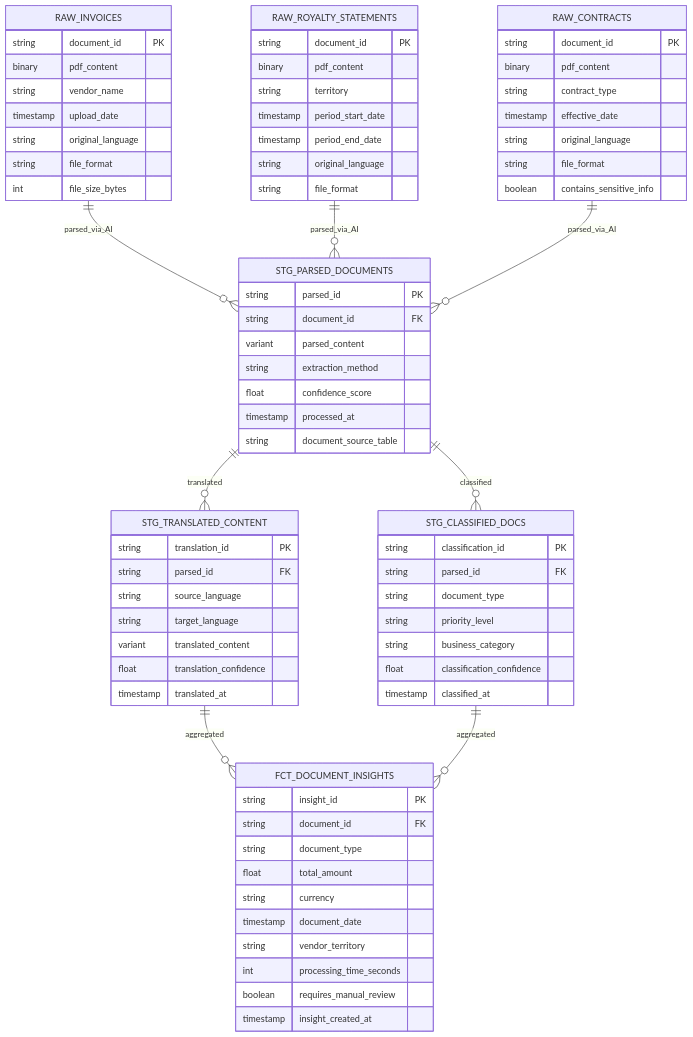
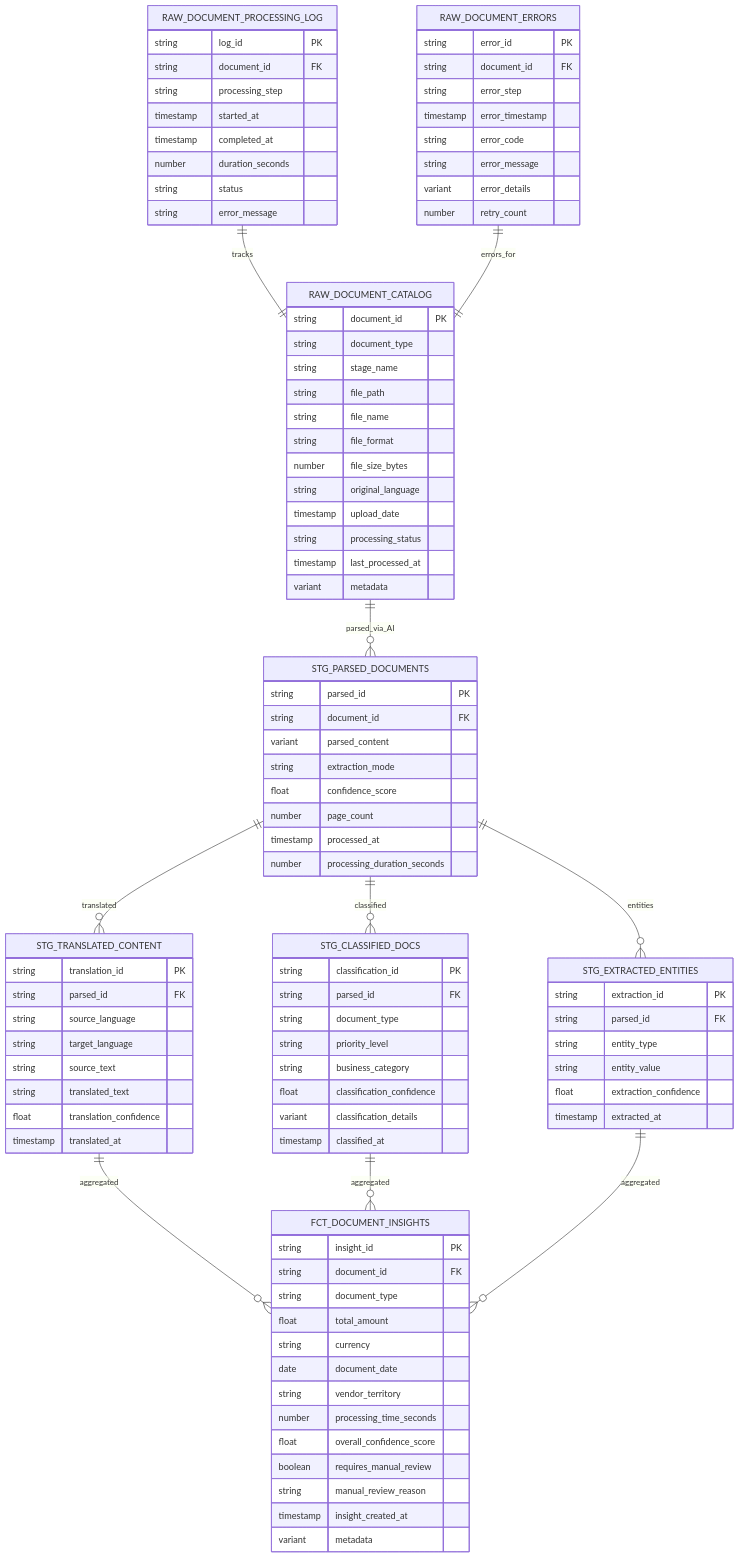
One commit to sfc-gh-miwhitaker/swiftclaw changed the diagram in diagrams/data-model.md. Above: the diagram before and after it, drawn with Mermaid. The commit also changed other lines of this file and 26 other files, not shown here.

````diff
--- a/diagrams/data-model.md
+++ b/diagrams/data-model.md
@@ -18,65 +18,74 @@
 ```mermaid
 erDiagram
-    RAW_INVOICES ||--o{ STG_PARSED_DOCUMENTS : "parsed_via_AI"
-    RAW_ROYALTY_STATEMENTS ||--o{ STG_PARSED_DOCUMENTS : "parsed_via_AI"
-    RAW_CONTRACTS ||--o{ STG_PARSED_DOCUMENTS : "parsed_via_AI"
-    
+    RAW_DOCUMENT_CATALOG ||--o{ STG_PARSED_DOCUMENTS : "parsed_via_AI"
+    RAW_DOCUMENT_PROCESSING_LOG ||--|| RAW_DOCUMENT_CATALOG : "tracks"
+    RAW_DOCUMENT_ERRORS ||--|| RAW_DOCUMENT_CATALOG : "errors_for"
     STG_PARSED_DOCUMENTS ||--o{ STG_TRANSLATED_CONTENT : "translated"
     STG_PARSED_DOCUMENTS ||--o{ STG_CLASSIFIED_DOCS : "classified"
-    
+    STG_PARSED_DOCUMENTS ||--o{ STG_EXTRACTED_ENTITIES : "entities"
     STG_TRANSLATED_CONTENT ||--o{ FCT_DOCUMENT_INSIGHTS : "aggregated"
     STG_CLASSIFIED_DOCS ||--o{ FCT_DOCUMENT_INSIGHTS : "aggregated"
-    
-    RAW_INVOICES {
+    STG_EXTRACTED_ENTITIES ||--o{ FCT_DOCUMENT_INSIGHTS : "aggregated"
+
+    RAW_DOCUMENT_CATALOG {
         string document_id PK
-        binary pdf_content
-        string vendor_name
+        string document_type
+        string stage_name
+        string file_path
+        string file_name
+        string file_format
+        number file_size_bytes
+        string original_language
         timestamp upload_date
-        string original_language
-        string file_format
-        int file_size_bytes
+        string processing_status
+        timestamp last_processed_at
+        variant metadata
     }
-    
-    RAW_ROYALTY_STATEMENTS {
-        string document_id PK
-        binary pdf_content
-        string territory
-        timestamp period_start_date
-        timestamp period_end_date
-        string original_language
-        string file_format
+
+    RAW_DOCUMENT_PROCESSING_LOG {
+        string log_id PK
+        string document_id FK
+        string processing_step
+        timestamp started_at
+        timestamp completed_at
+        number duration_seconds
+        string status
+        string error_message
     }
-    
-    RAW_CONTRACTS {
-        string document_id PK
-        binary pdf_content
-        string contract_type
-        timestamp effective_date
-        string original_language
-        string file_format
-        boolean contains_sensitive_info
+
+    RAW_DOCUMENT_ERRORS {
+        string error_id PK
+        string document_id FK
+        string error_step
+        timestamp error_timestamp
+        string error_code
+        string error_message
+        variant error_details
+        number retry_count
     }
-    
+
     STG_PARSED_DOCUMENTS {
         string parsed_id PK
         string document_id FK
         variant parsed_content
-        string extraction_method
+        string extraction_mode
         float confidence_score
+        number page_count
         timestamp processed_at
-        string document_source_table
+        number processing_duration_seconds
     }
-    
+
     STG_TRANSLATED_CONTENT {
         string translation_id PK
         string parsed_id FK
         string source_language
         string target_language
-        variant translated_content
+        string source_text
+        string translated_text
         float translation_confidence
         timestamp translated_at
     }
-    
+
     STG_CLASSIFIED_DOCS {
         string classification_id PK
         string parsed_id FK
@@ -84,19 +93,32 @@
         string priority_level
         string business_category
         float classification_confidence
+        variant classification_details
         timestamp classified_at
     }
-    
+
+    STG_EXTRACTED_ENTITIES {
+        string extraction_id PK
+        string parsed_id FK
+        string entity_type
+        string entity_value
+        float extraction_confidence
+        timestamp extracted_at
+    }
+
     FCT_DOCUMENT_INSIGHTS {
         string insight_id PK
         string document_id FK
         string document_type
         float total_amount
         string currency
-        timestamp document_date
+        date document_date
         string vendor_territory
-        int processing_time_seconds
+        number processing_time_seconds
+        float overall_confidence_score
         boolean requires_manual_review
+        string manual_review_reason
         timestamp insight_created_at
+        variant metadata
     }
 ```
````
